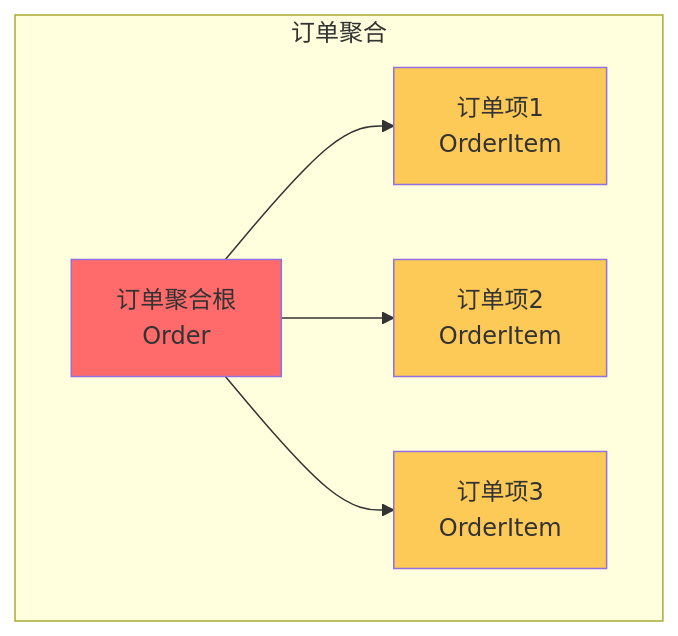
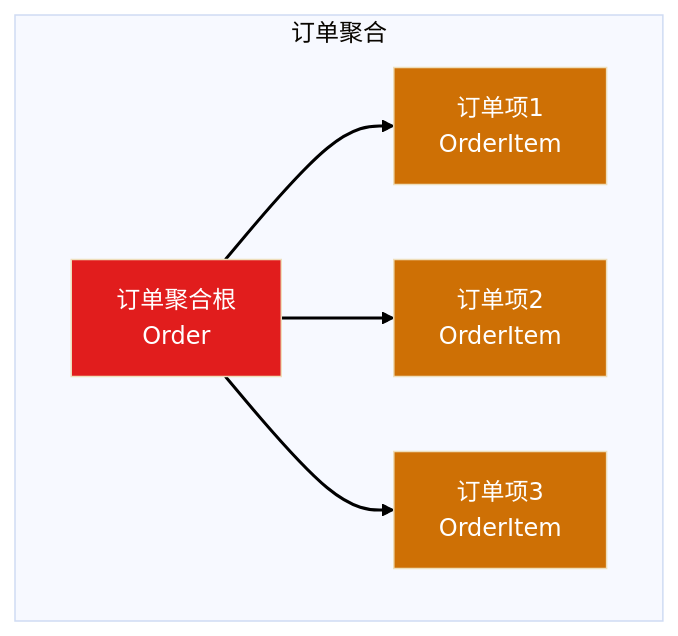
The eighth of 12 diagrams in domain-driven-design/一文搞懂DDD领域驱动设计.md (microwind/design-patterns), drawn with Mermaid before and after one commit. The commit also changed other lines of this file, not shown here.

````diff
--- a/domain-driven-design/一文搞懂DDD领域驱动设计.md
+++ b/domain-driven-design/一文搞懂DDD领域驱动设计.md
@@ -379,18 +418,23 @@
 ```mermaid
+%%{init: {'theme': 'base', 'themeVariables': { 'sectionBkgColor': '#f1f1f1', 'altSectionBkgColor': '#f1f1f1', 'gridColor': '#e9ecef'}}}%%
 flowchart TD
     subgraph 订单聚合["订单聚合"]
         OR[订单聚合根<br/>Order]
         OI1[订单项1<br/>OrderItem]
         OI2[订单项2<br/>OrderItem]
         OI3[订单项3<br/>OrderItem]
     end
     
     OR --> OI1
     OR --> OI2
     OR --> OI3
     
-    style OR fill:#ff6b6b
-    style OI1 fill:#feca57
-    style OI2 fill:#feca57
-    style OI3 fill:#feca57
+    style OR fill:#E11D1D,color:#ffffff
+    style OI1 fill:#CE7005,color:#FFFFFF
+    style OI2 fill:#CE7005,color:#FFFFFF
+    style OI3 fill:#CE7005,color:#FFFFFF
+    
+    linkStyle 0 stroke:#000000,stroke-width:2px,color:#ffffff
+    linkStyle 1 stroke:#000000,stroke-width:2px,color:#ffffff
+    linkStyle 2 stroke:#000000,stroke-width:2px,color:#ffffff
 ```
````
